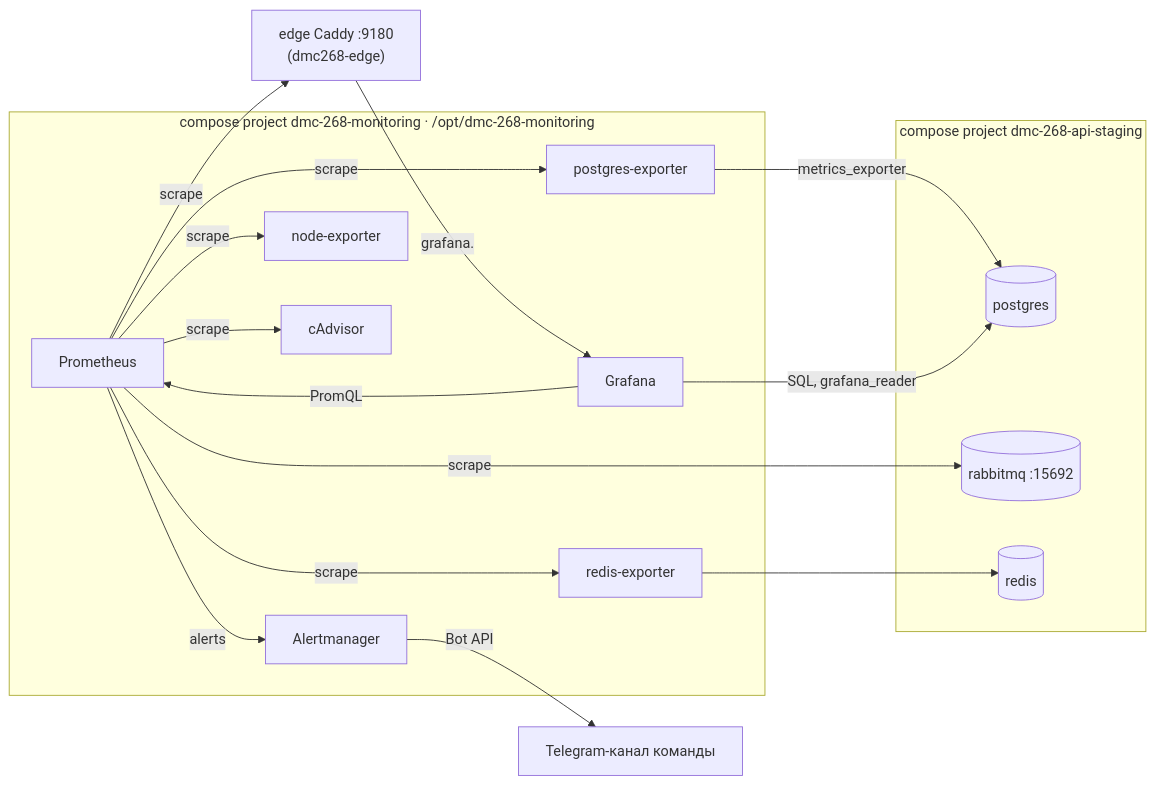
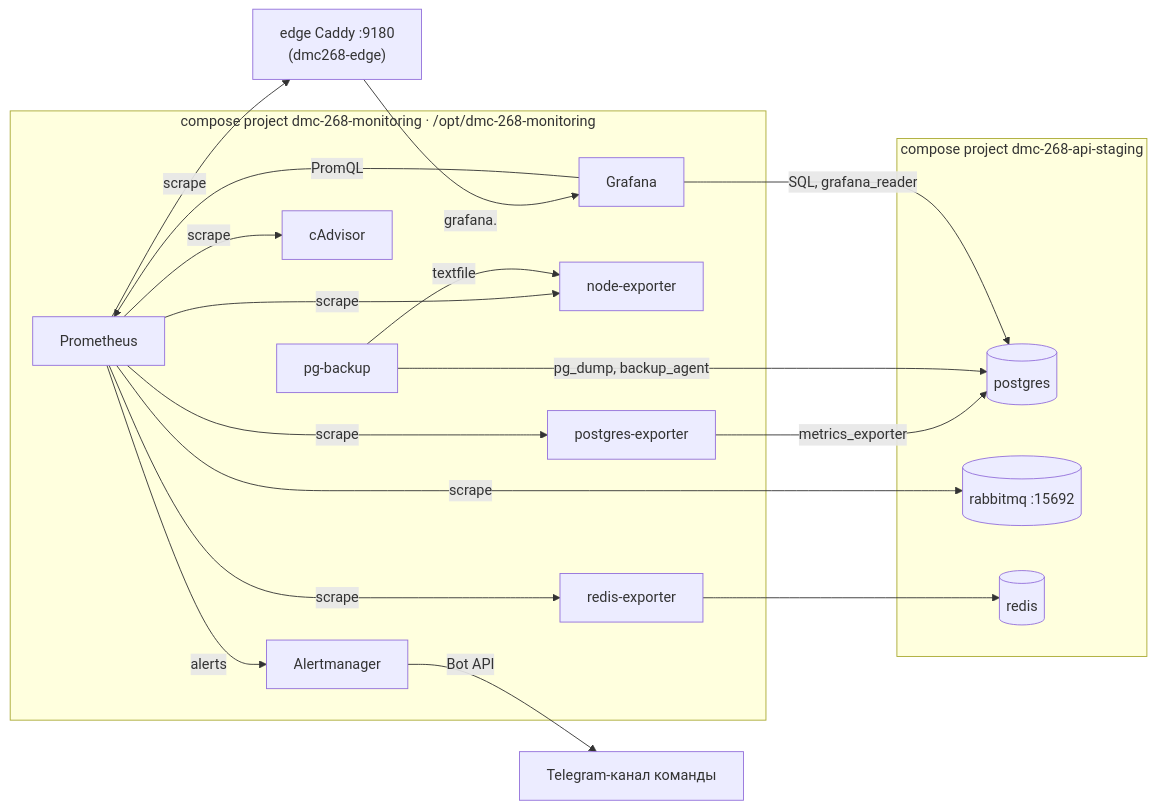
Before and after one commit to larchanka-training/dmc-268-api-t6: the diagram in docs/MONITORING.md, drawn with Mermaid. The commit also changed other lines of this file and 1 other file, not shown here.

````diff
--- a/docs/MONITORING.md
+++ b/docs/MONITORING.md
@@ -7,26 +7,29 @@
 ```mermaid
 flowchart LR
   subgraph mon["compose project dmc-268-monitoring · /opt/dmc-268-monitoring"]
     prom[Prometheus]
     am[Alertmanager]
     graf[Grafana]
     node[node-exporter]
     cadv[cAdvisor]
     pgx[postgres-exporter]
     rx[redis-exporter]
+    bk[pg-backup]
   end
   subgraph app["compose project dmc-268-api-staging"]
     pg[(postgres)]
     mq[(rabbitmq :15692)]
     redis[(redis)]
   end
   caddy["edge Caddy :9180\n(dmc268-edge)"]
   prom -->|scrape| node & cadv & pgx & rx & mq & caddy
   pgx -->|metrics_exporter| pg
+  bk -->|"pg_dump, backup_agent"| pg
+  bk -->|textfile| node
   rx --> redis
   graf -->|PromQL| prom
   graf -->|"SQL, grafana_reader"| pg
   prom -->|alerts| am
   am -->|Bot API| tg["Telegram-канал команды"]
   caddy -->|"grafana.<APP_DOMAIN>"| graf
 ```
````
